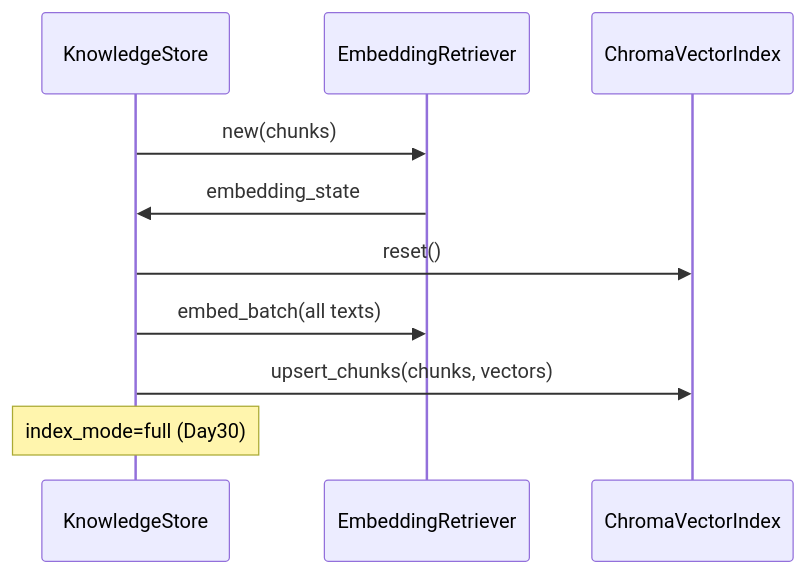
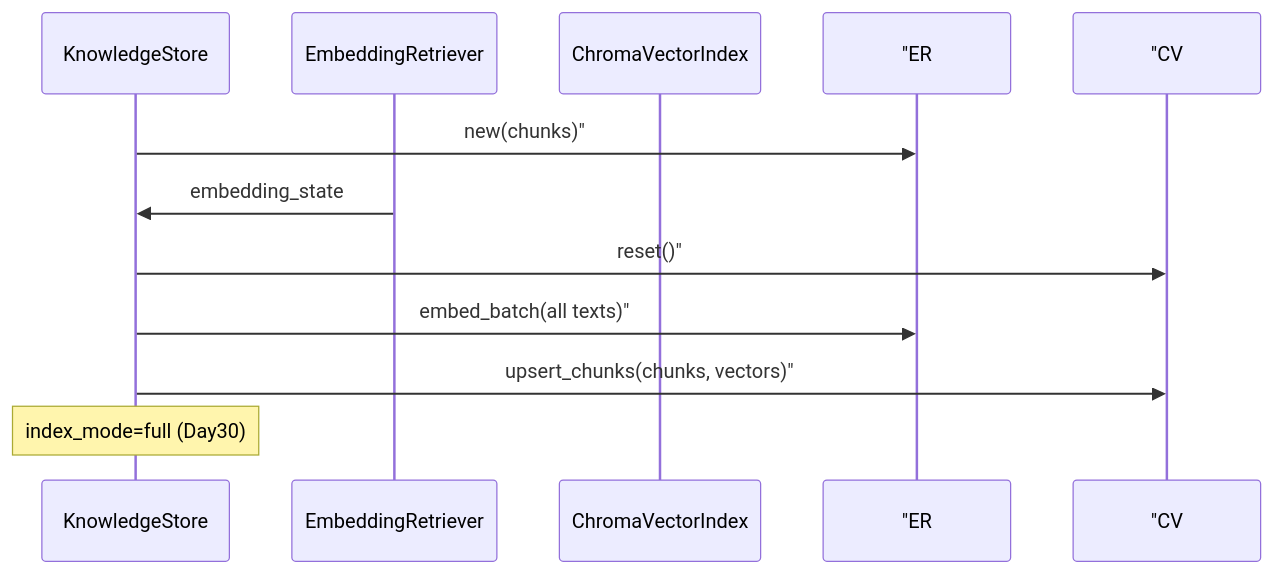
One commit to ab6539763/70_days_course_plus changed the second of 5 diagrams in course/day29/03_架构设计.md. Above: the diagram before and after it, drawn with Mermaid. The commit also changed other lines of this file and 128 other files, not shown here.

First line of the commit message:
fix(course): repair day31-37 diagrams, titles, and missing content

````diff
--- a/course/day29/03_架构设计.md
+++ b/course/day29/03_架构设计.md
@@ -58,12 +58,12 @@
 ```mermaid
 sequenceDiagram
     participant KS as KnowledgeStore
     participant ER as EmbeddingRetriever
     participant CV as ChromaVectorIndex
-    KS->>ER: new(chunks)
+    KS->> "ER: new(chunks)"
     ER->>KS: embedding_state
-    KS->>CV: reset()
-    KS->>ER: embed_batch(all texts)
-    KS->>CV: upsert_chunks(chunks, vectors)
+    KS->> "CV: reset()"
+    KS->> "ER: embed_batch(all texts)"
+    KS->> "CV: upsert_chunks(chunks, vectors)"
     Note over KS: index_mode=full (Day30)
 ```
````
